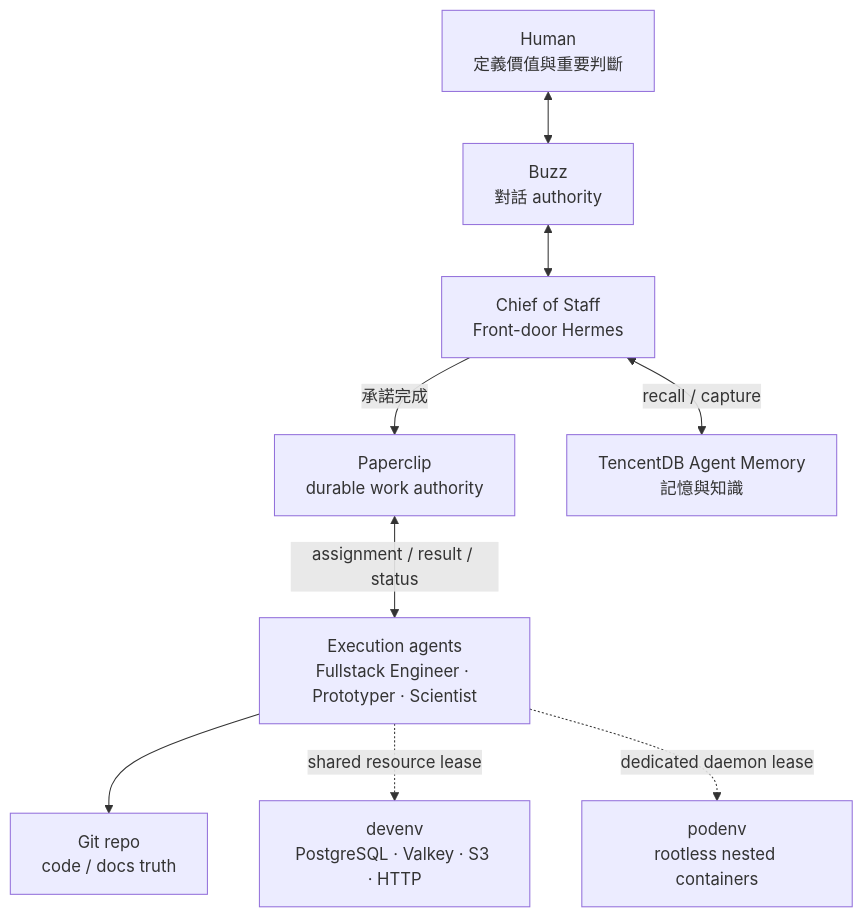
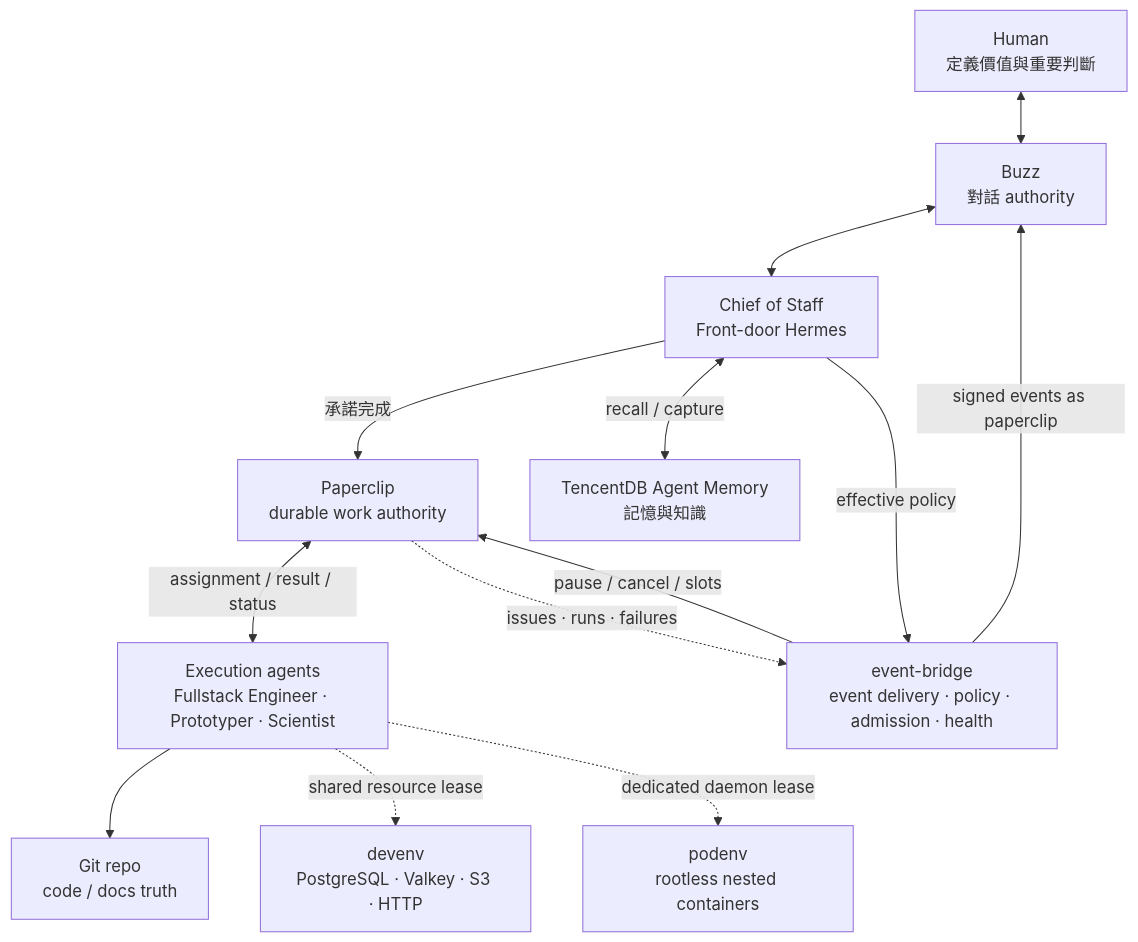
The diagram in README.md (XuHaoJun/opc-stack), drawn with Mermaid before and after one commit. The commit also changed other lines of this file and 66 other files, not shown here.

First line of the commit message:
feat: OPC event & autonomy control (event bridge, policy, admission, health) (#7)

````diff
--- a/README.md
+++ b/README.md
@@ -29,13 +32,17 @@
 ```mermaid
 flowchart TD
     Human["Human<br/>定義價值與重要判斷"] <--> Buzz["Buzz<br/>對話 authority"]
     Buzz <--> Frontdoor["Chief of Staff<br/>Front-door Hermes"]
 
     Frontdoor -->|"承諾完成"| Paperclip["Paperclip<br/>durable work authority"]
     Frontdoor <-->|"recall / capture"| Memory["TencentDB Agent Memory<br/>記憶與知識"]
 
     Paperclip <-->|"assignment / result / status"| Runtime["Execution agents<br/>Fullstack Engineer · Prototyper · Scientist"]
+    Paperclip -.->|"issues · runs · failures"| Bridge["event-bridge<br/>event delivery · policy · admission · health"]
+    Bridge -->|"signed events as paperclip"| Buzz
+    Bridge -->|"pause / cancel / slots"| Paperclip
+    Frontdoor -->|"effective policy"| Bridge
     Runtime --> Git["Git repo<br/>code / docs truth"]
     Runtime -.->|"shared resource lease"| Devenv["devenv<br/>PostgreSQL · Valkey · S3 · HTTP"]
     Runtime -.->|"dedicated daemon lease"| Podenv["podenv<br/>rootless nested containers"]
 ```
````
